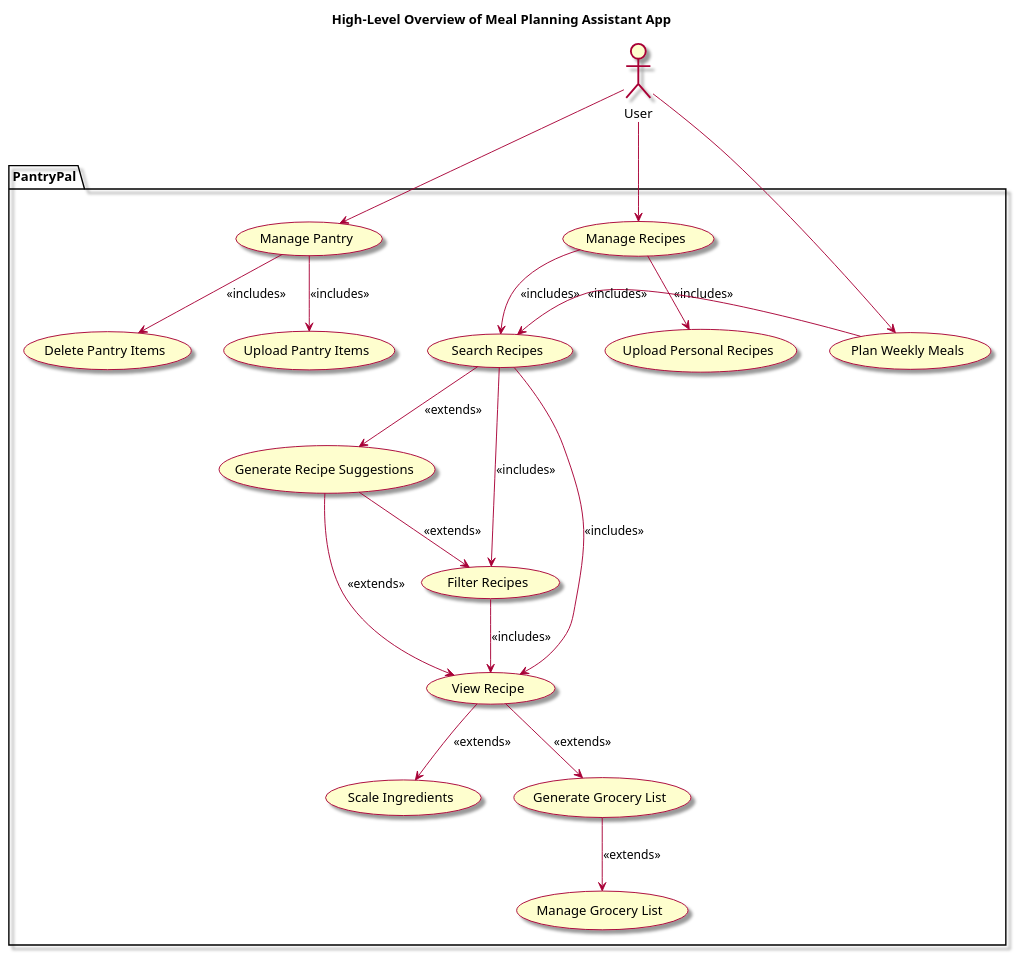
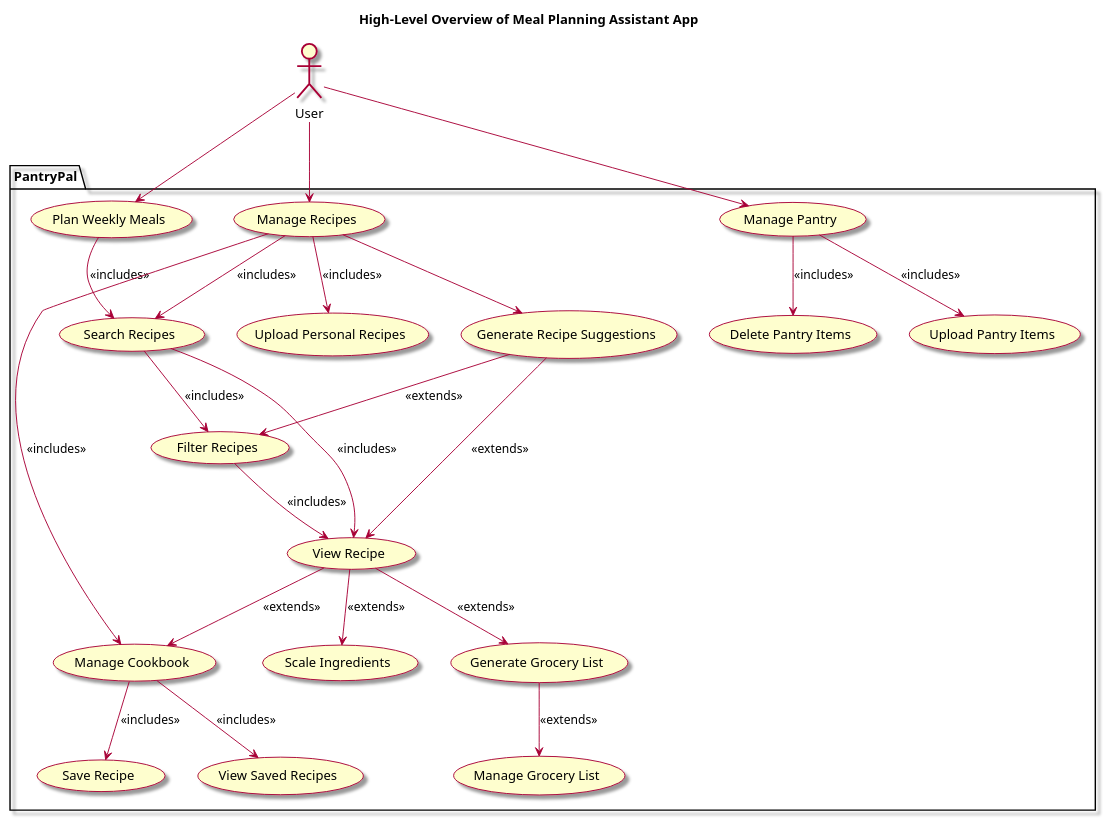
Before and after one commit to berthashipper/Pantry-Pal-Android-Application: the diagram in intellij/doc/vision.md, drawn with PlantUML. The commit also changed 8 other files, not shown here.

Commit message:
Changes to vision, use case files added, manage_pantry use case diagram changes

````diff
--- a/intellij/doc/vision.md
+++ b/intellij/doc/vision.md
@@ -27,56 +27,63 @@
 ```plantuml
 @startuml
 skin rose
 
 title High-Level Overview of Meal Planning Assistant App
 
 ' Human actor
 actor "User" as user
 
 
 ' List all use cases in package
 package PantryPal {
     usecase "Manage Pantry" as managepantry
    
     usecase "Upload Pantry Items" as uploadPantryItems
     usecase "Generate Recipe Suggestions" as generateRecipeSuggestions
     usecase "Filter Recipes" as filterRecipes
     usecase "Scale Ingredients" as scaleIngredients
     usecase "Upload Personal Recipes" as uploadPersonalRecipes
     usecase "Plan Weekly Meals" as planWeeklyMeals
     usecase "Generate Grocery List" as generateGroceryList
     usecase "Search Recipes" as searchRecipes
     usecase "Delete Pantry Items" as deletePantryItems
     usecase "View Recipe" as view    
     usecase "Manage Grocery List" as managegl
     usecase "Manage Recipes" as manager
+    usecase "Save Recipe" as saver
+    usecase "Manage Cookbook" as cookbook
+    usecase "View Saved Recipes" as viewsr
     
 }
 
 ' Associations
 user --> managepantry
 managepantry -down-> uploadPantryItems: <<includes>>
 managepantry -down-> deletePantryItems: <<includes>>
 
 user --> manager
 manager --> searchRecipes: <<includes>>
 manager --> uploadPersonalRecipes: <<includes>>
+manager -> generateRecipeSuggestions <<extends>>
 
 searchRecipes -down-> filterRecipes: <<includes>>
-searchRecipes -down-> generateRecipeSuggestions: <<extends>>
 generateRecipeSuggestions -down-> view: <<extends>>
 generateRecipeSuggestions -down-> filterRecipes: <<extends>>
 filterRecipes -down-> view: <<includes>>
 
 user --> planWeeklyMeals
-planWeeklyMeals -right-> searchRecipes: <<includes>>
+planWeeklyMeals -down-> searchRecipes: <<includes>>
 
 searchRecipes --> view: <<includes>>
 view --> scaleIngredients: <<extends>>
 
 view --> generateGroceryList: <<extends>>
 generateGroceryList --> managegl: <<extends>>
+view --> cookbook: <<extends>>
+cookbook --> saver: <<includes>>
+cookbook --> viewsr: <<includes>>
+manager -down--> cookbook: <<includes>>
 
 
 @enduml
 ```
````
